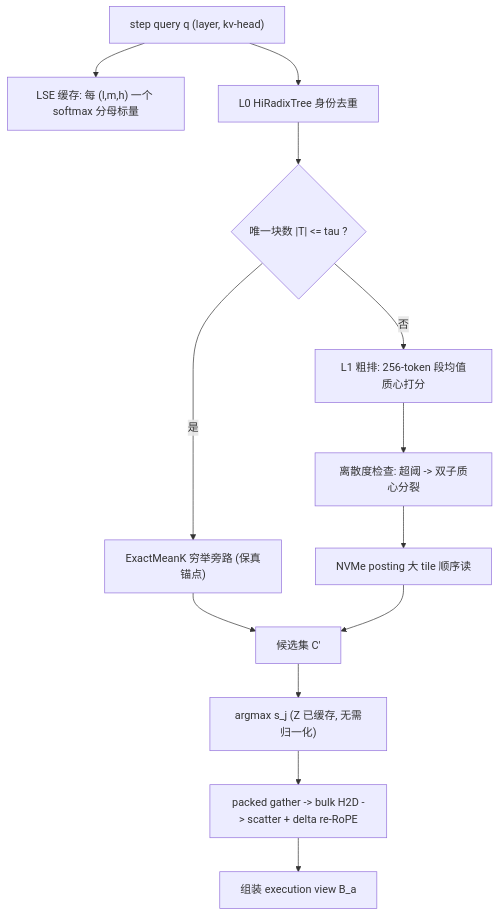
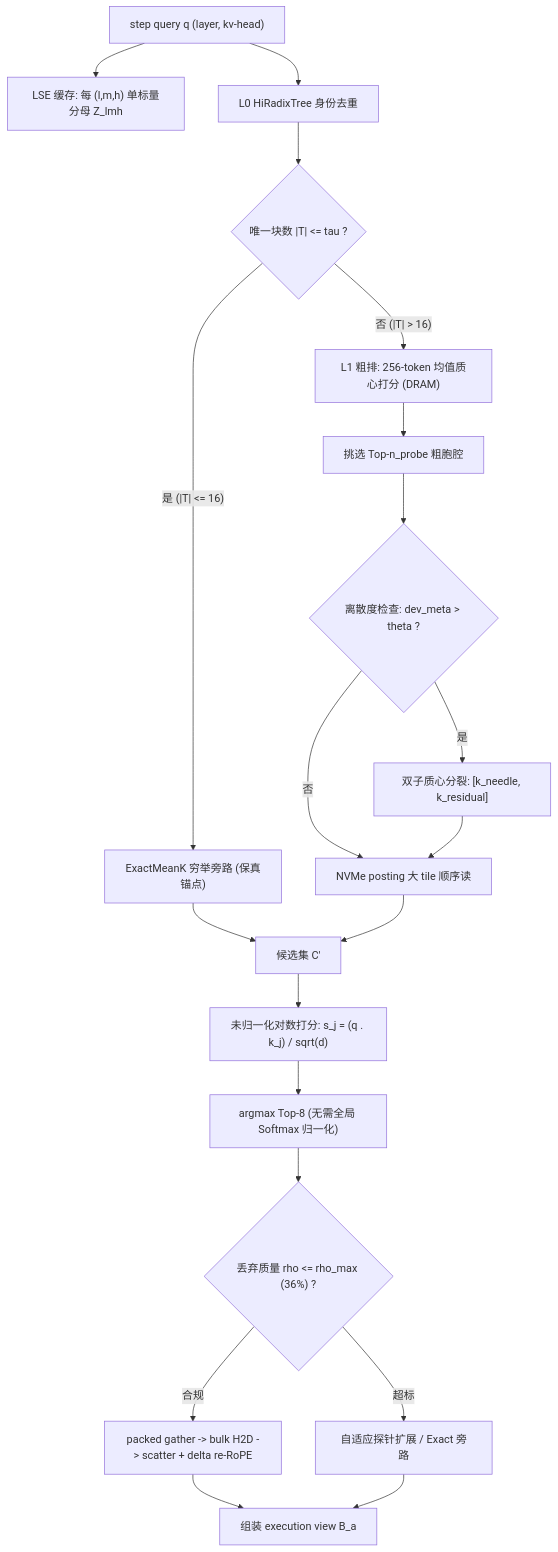
One commit to HairuoLiu/kvmem-strata-fusion changed the diagram in plan-01-ifr/research-report.md. Above: the diagram before and after it, drawn with Mermaid. The commit also changed other lines of this file and 16 other files, not shown here.

````diff
--- a/plan-01-ifr/research-report.md
+++ b/plan-01-ifr/research-report.md
@@ -42,15 +78,22 @@
 ```mermaid
 flowchart TD
-    Q["step query q (layer, kv-head)"] --> LSE["LSE 缓存: 每 (l,m,h) 一个 softmax 分母标量"]
+    Q["step query q (layer, kv-head)"] --> LSE["LSE 缓存: 每 (l,m,h) 单标量分母 Z_lmh"]
     Q --> L0["L0 HiRadixTree 身份去重"]
     L0 --> COND{"唯一块数 |T| <= tau ?"}
-    COND -- 是 --> EXACT["ExactMeanK 穷举旁路 (保真锚点)"]
-    COND -- 否 --> COARSE["L1 粗排: 256-token 段均值质心打分"]
-    COARSE --> DISP["离散度检查: 超阈 -> 双子质心分裂"]
-    DISP --> POST["NVMe posting 大 tile 顺序读"]
+    COND -- "是 (|T| <= 16)" --> EXACT["ExactMeanK 穷举旁路 (保真锚点)"]
+    COND -- "否 (|T| > 16)" --> COARSE["L1 粗排: 256-token 均值质心打分 (DRAM)"]
+    COARSE --> PROBE["挑选 Top-n_probe 粗胞腔"]
+    PROBE --> DISP{"离散度检查: dev_meta > theta ?"}
+    DISP -- "是" --> DOUBLET["双子质心分裂: [k_needle, k_residual]"]
+    DISP -- "否" --> POST["NVMe posting 大 tile 顺序读"]
+    DOUBLET --> POST
     EXACT --> MERGE["候选集 C'"]
     POST --> MERGE
-    MERGE --> RANK["argmax s_j (Z 已缓存, 无需归一化)"]
-    RANK --> MOVE["packed gather -> bulk H2D -> scatter + delta re-RoPE"]
+    MERGE --> UNNORM["未归一化对数打分: s_j = (q . k_j) / sqrt(d)"]
+    UNNORM --> RANK["argmax Top-8 (无需全局 Softmax 归一化)"]
+    RANK --> MASS_CHK{"丢弃质量 rho <= rho_max (36%) ?"}
+    MASS_CHK -- "合规" --> MOVE["packed gather -> bulk H2D -> scatter + delta re-RoPE"]
+    MASS_CHK -- "超标" --> FALLBACK["自适应探针扩展 / Exact 旁路"]
     MOVE --> VIEW["组装 execution view B_a"]
+    FALLBACK --> VIEW
 ```
````
